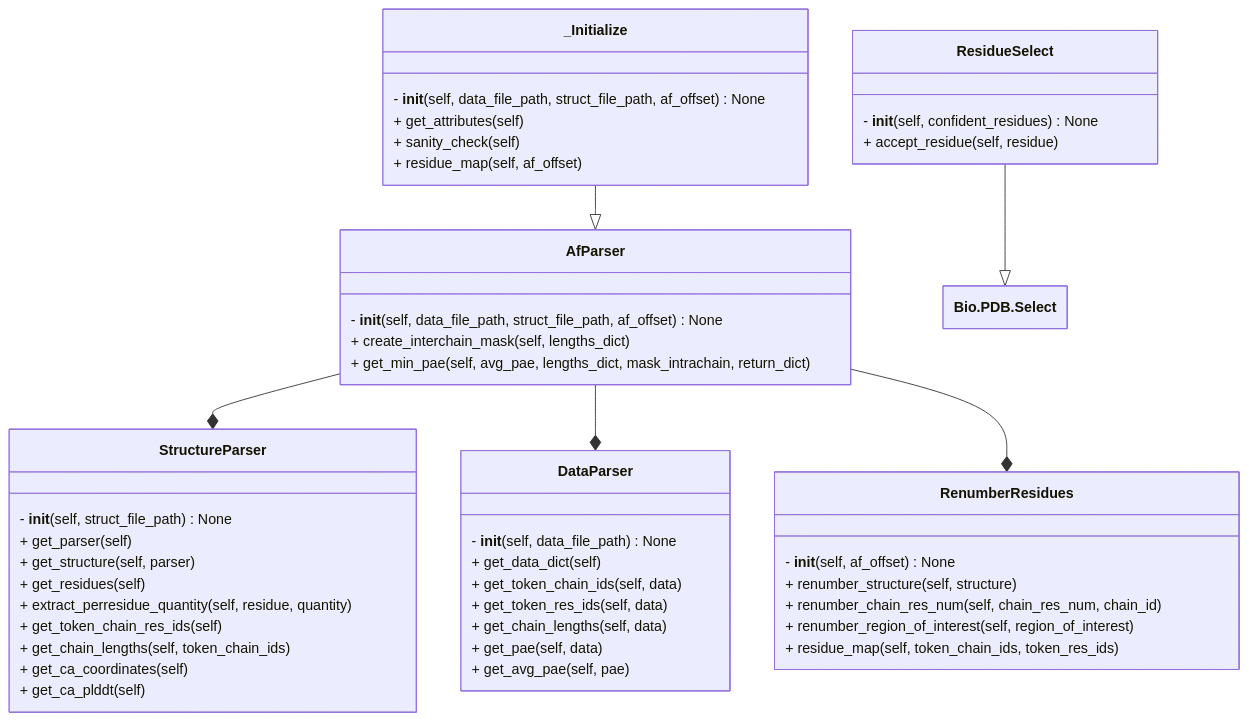
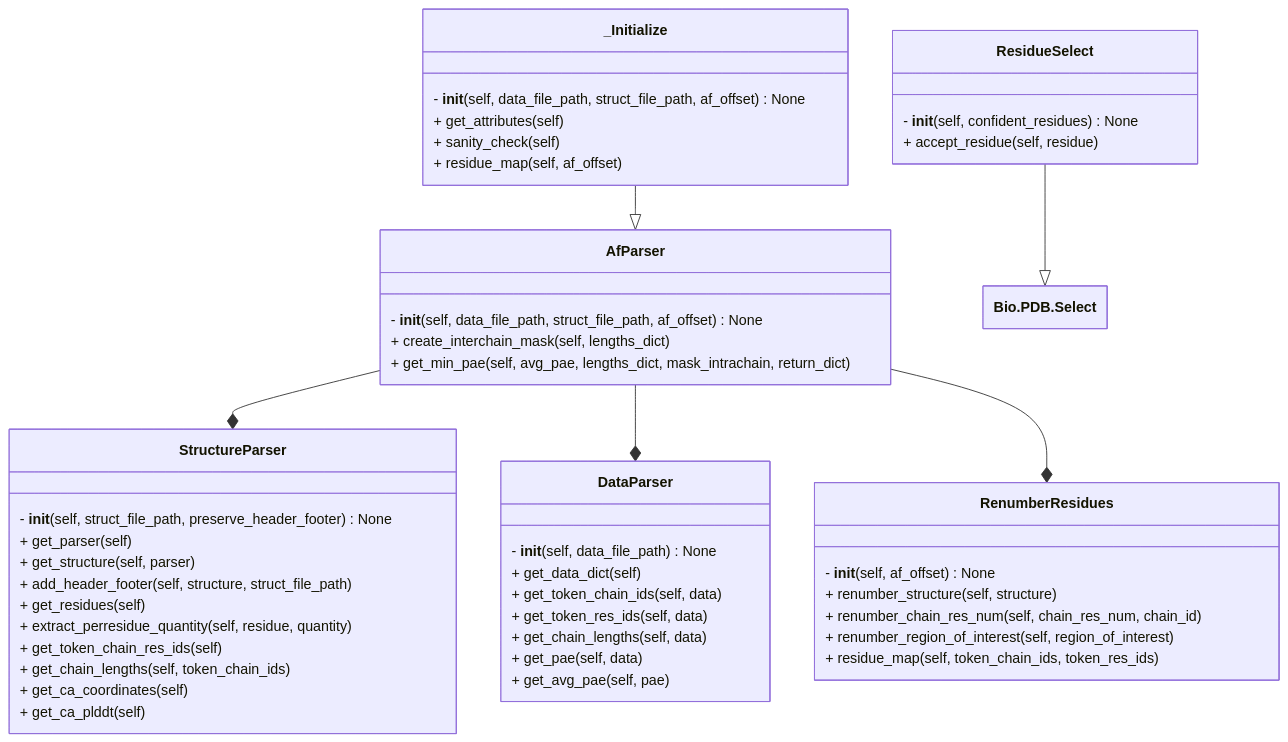
Before and after one commit to isblab/IMP_Toolbox: the second of 4 diagrams in af_pipeline/README.md, drawn with Mermaid. The commit also changed other lines of this file, not shown here.

````diff
--- a/af_pipeline/README.md
+++ b/af_pipeline/README.md
@@ -102,62 +248,63 @@
 ```mermaid
 ---
 config:
     class:
         hideEmptyMembersBox: true
 ---
 classDiagram
     class ResidueSelect {
         - __init__(self, confident_residues) None
         + accept_residue(self, residue)
     }
 
     class AfParser {
         - __init__(self, data_file_path, struct_file_path, af_offset) None
         + create_interchain_mask(self, lengths_dict)
         + get_min_pae(self, avg_pae, lengths_dict, mask_intrachain, return_dict)
     }
 
     class DataParser {
         - __init__(self, data_file_path) None
         + get_data_dict(self)
         + get_token_chain_ids(self, data)
         + get_token_res_ids(self, data)
         + get_chain_lengths(self, data)
         + get_pae(self, data)
         + get_avg_pae(self, pae)
     }
 
     class StructureParser {
-        - __init__(self, struct_file_path) None
+        - __init__(self, struct_file_path, preserve_header_footer) None
         + get_parser(self)
         + get_structure(self, parser)
+        + add_header_footer(self, structure, struct_file_path)
         + get_residues(self)
         + extract_perresidue_quantity(self, residue, quantity)
         + get_token_chain_res_ids(self)
         + get_chain_lengths(self, token_chain_ids)
         + get_ca_coordinates(self)
         + get_ca_plddt(self)
     }
 
     class RenumberResidues {
         - __init__(self, af_offset) None
         + renumber_structure(self, structure)
         + renumber_chain_res_num(self, chain_res_num, chain_id)
         + renumber_region_of_interest(self, region_of_interest)
         + residue_map(self, token_chain_ids, token_res_ids)
     }
 
     ResidueSelect --|> `Bio.PDB.Select`
 
     class _Initialize {
         - __init__(self, data_file_path, struct_file_path, af_offset) None
         + get_attributes(self)
         + sanity_check(self)
         + residue_map(self, af_offset)
     }
 
     _Initialize --|> `AfParser`
     `AfParser` --* `StructureParser`
     `AfParser` --* `DataParser`
     `AfParser` --* `RenumberResidues`
 ```
````
